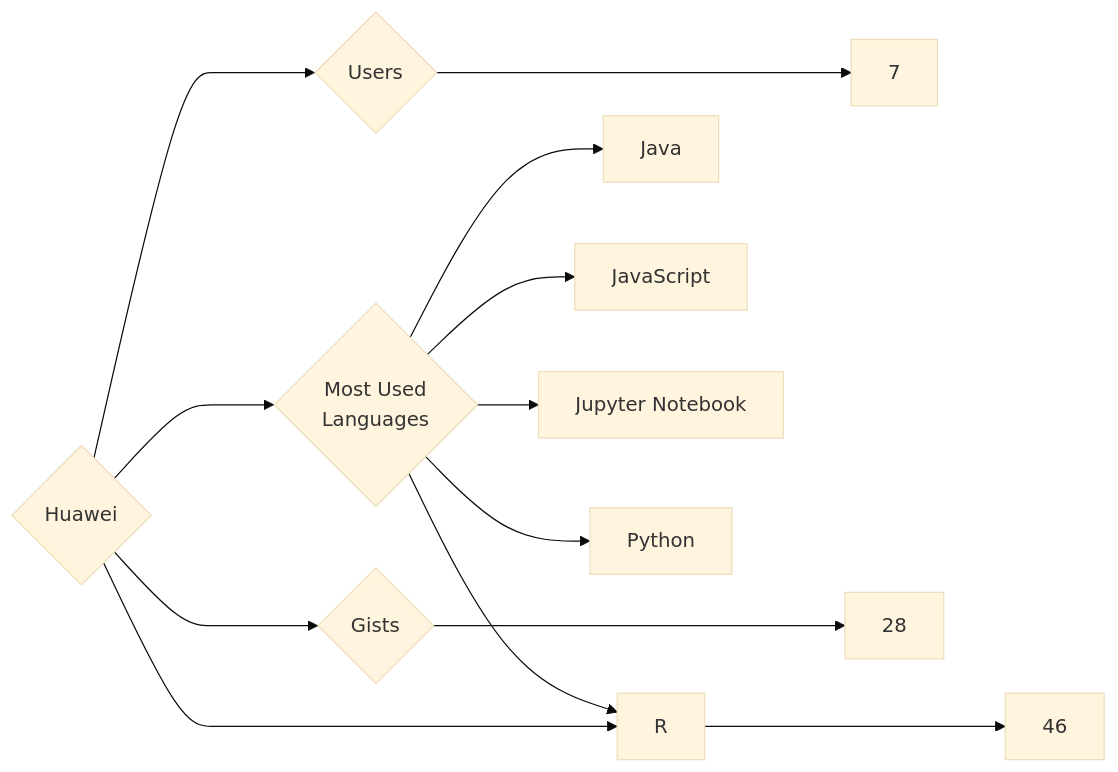
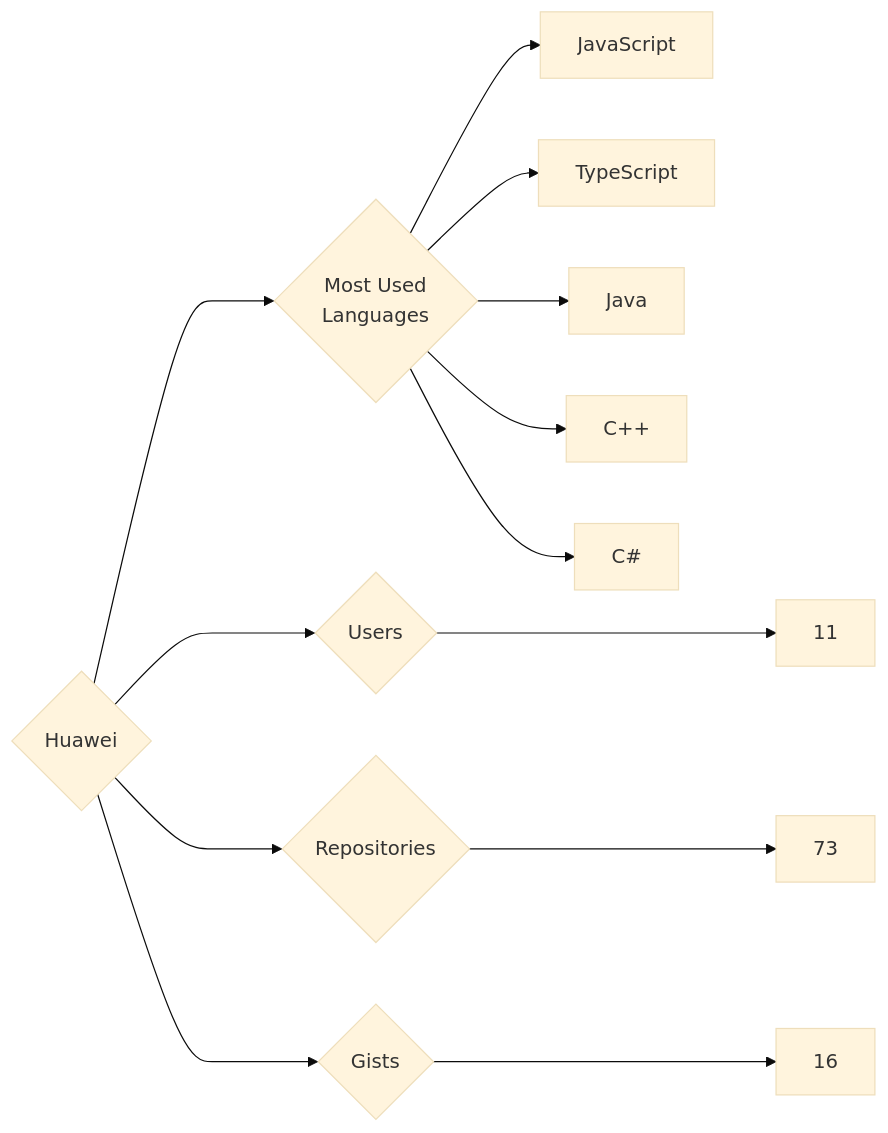
The diagram in targets/Huawei/README.md (trickest/insiders), drawn with Mermaid (base theme) before and after one commit. The commit also changed 1055 other files, not shown here.

````diff
--- a/targets/Huawei/README.md
+++ b/targets/Huawei/README.md
@@ -3,13 +3,13 @@
 ```mermaid
 graph LR
 COMPANY_NAME{Huawei}
-COMPANY_NAME ---> U{Users} ---> UN[7]
-COMPANY_NAME ---> R{Repositories} ---> RN[46]
-COMPANY_NAME ---> G{Gists} ---> GN[28]
+COMPANY_NAME ---> U{Users} ---> UN[11]
+COMPANY_NAME ---> R{Repositories} ---> RN[73]
+COMPANY_NAME ---> G{Gists} ---> GN[16]
 COMPANY_NAME ---> ML{Most Used<br>Languages}
+ML --> JavaScript[JavaScript]
+ML --> TypeScript[TypeScript]
 ML --> Java[Java]
-ML --> JavaScript[JavaScript]
-ML --> Jupyter_Notebook[Jupyter Notebook]
-ML --> Python[Python]
-ML --> R[R]
+ML --> C++[C++]
+ML --> C#[C#]
 ```
````
